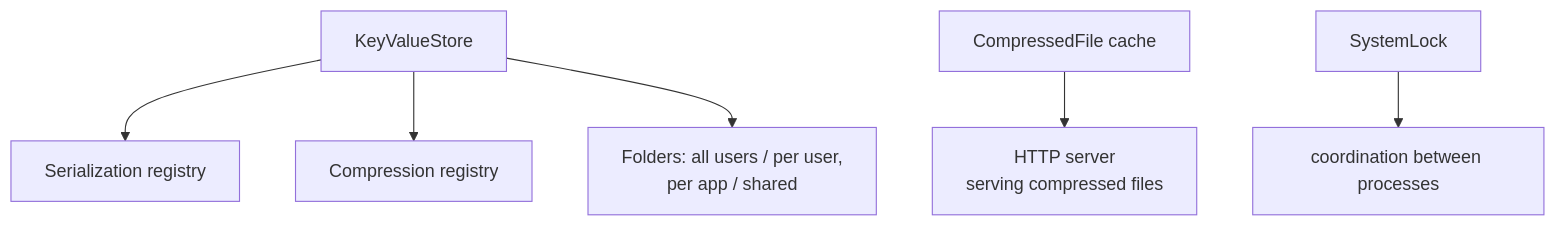
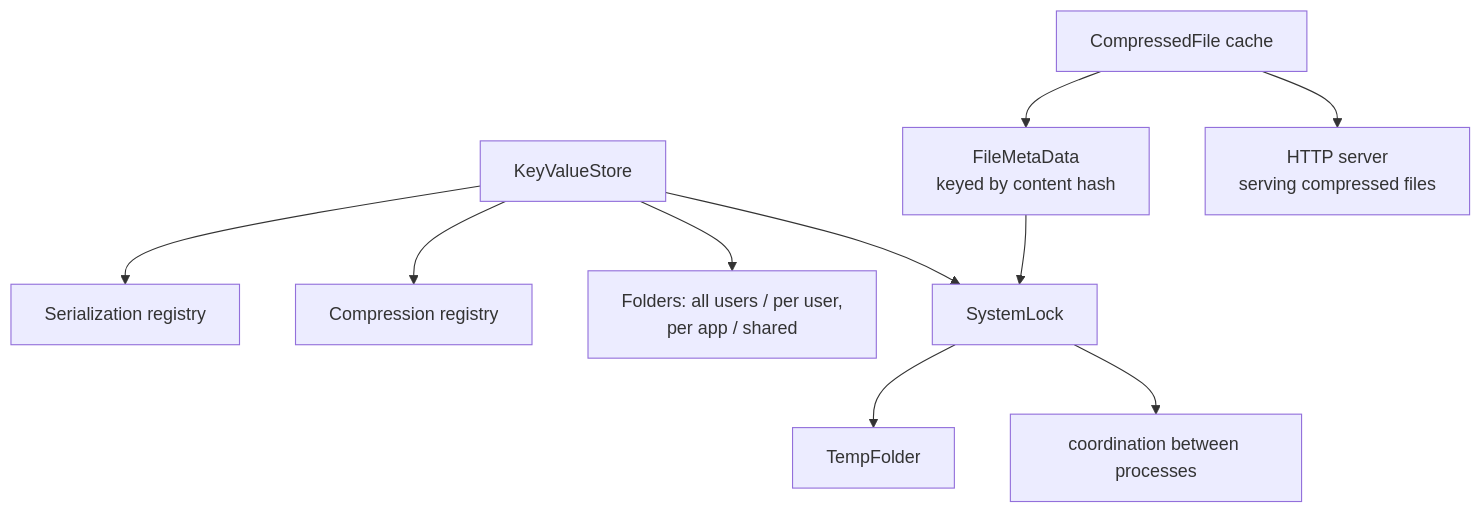
The diagram in SysWeaver.Storage/README.md (dosh1974/SysWeaver), drawn with Mermaid before and after one commit. The commit also changed other lines of this file and 537 other files, not shown here.

````diff
--- a/SysWeaver.Storage/README.md
+++ b/SysWeaver.Storage/README.md
@@ -18,8 +18,12 @@
 ```mermaid
 flowchart TB
   KVS["KeyValueStore"] --> Ser["Serialization registry"]
   KVS --> Comp["Compression registry"]
   KVS --> Folders["Folders: all users / per user,<br/>per app / shared"]
-  CF["CompressedFile cache"] --> Http["HTTP server<br/>serving compressed files"]
-  Lock["SystemLock"] --> Proc["coordination between processes"]
+  KVS --> Lock["SystemLock"]
+  CF["CompressedFile cache"] --> FMD["FileMetaData<br/>keyed by content hash"]
+  CF --> Http["HTTP server<br/>serving compressed files"]
+  FMD --> Lock
+  Lock --> Temp["TempFolder"]
+  Lock --> Proc["coordination between processes"]
 ```
````
